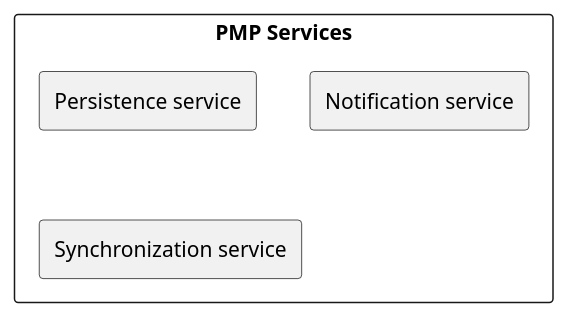
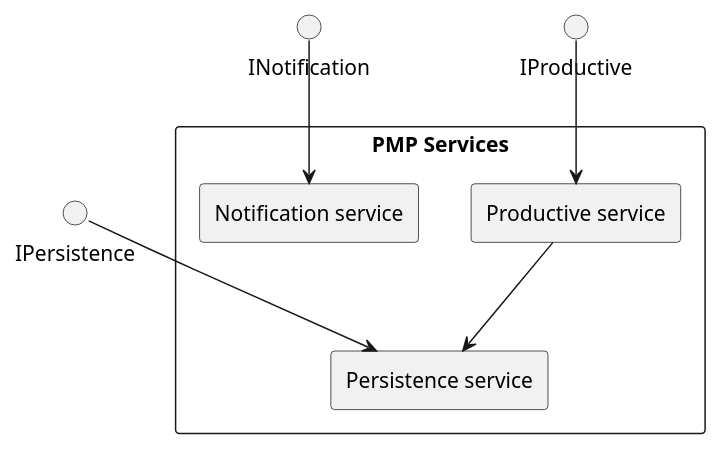
Before and after one commit to DCReceveur/pre-afstudeer-docs: the fifth of 6 diagrams in Documentatie/Software Architecture Document.md, drawn with PlantUML. The commit also changed other lines of this file and 1 other file, not shown here.

Commit message:
meer component diagrammen

````diff
--- a/Documentatie/Software Architecture Document.md
+++ b/Documentatie/Software Architecture Document.md
@@ -168,10 +168,18 @@
 ```plantuml
+top to bottom direction
+interface "IPersistence" as if1
+interface "INotification" as if2
+interface "IProductive" as if3
 
 rectangle "PMP Services"{
-    rectangle "Persistence service"
-    rectangle "Notification service"
-    rectangle "Synchronization service"
+    rectangle "Persistence service" as pes
+    rectangle "Notification service" as ns
+    rectangle "Productive service" as prs
 }
 
+if1 --> pes
+if2 --> ns
+if3 --> prs
+prs --> pes
 
 ```
````
